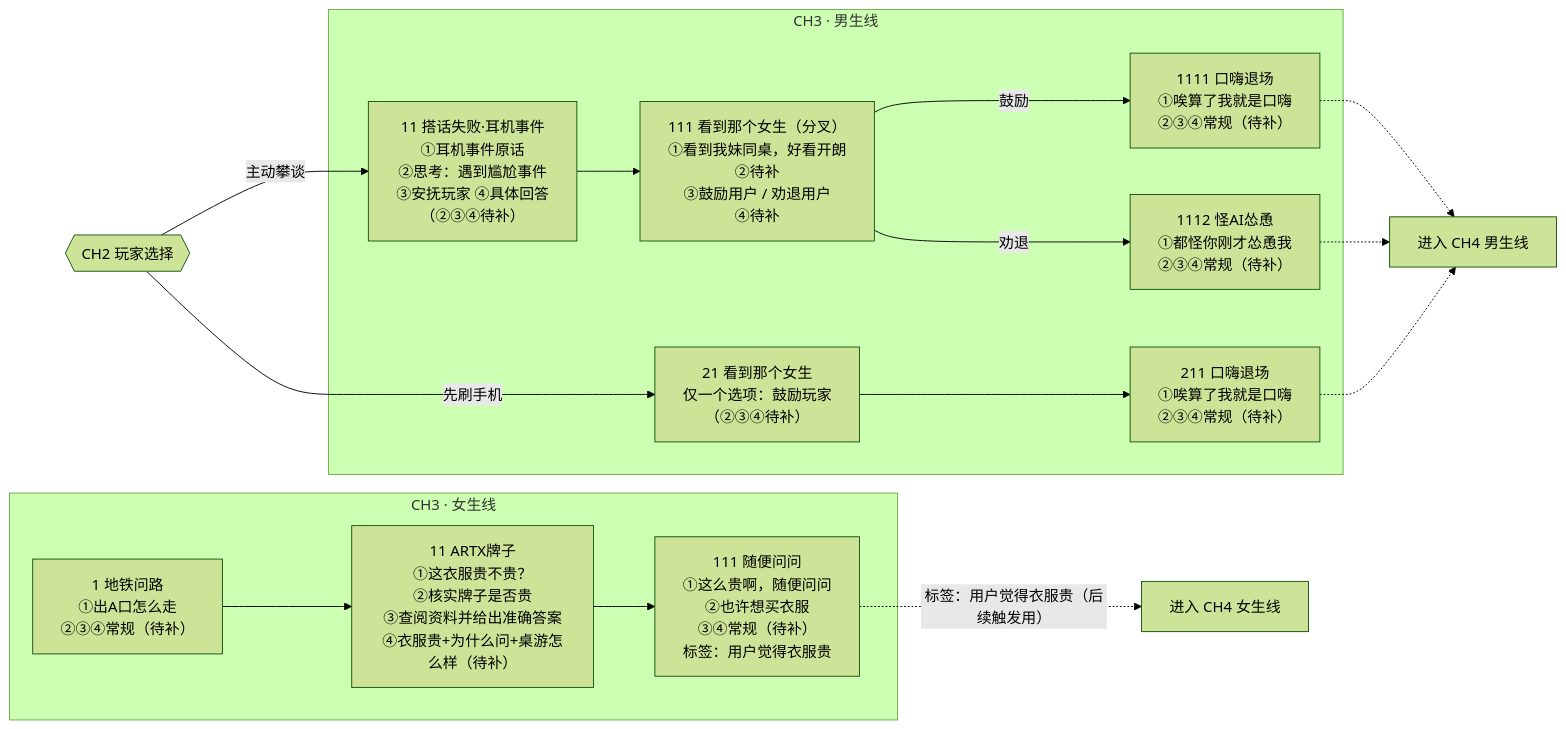
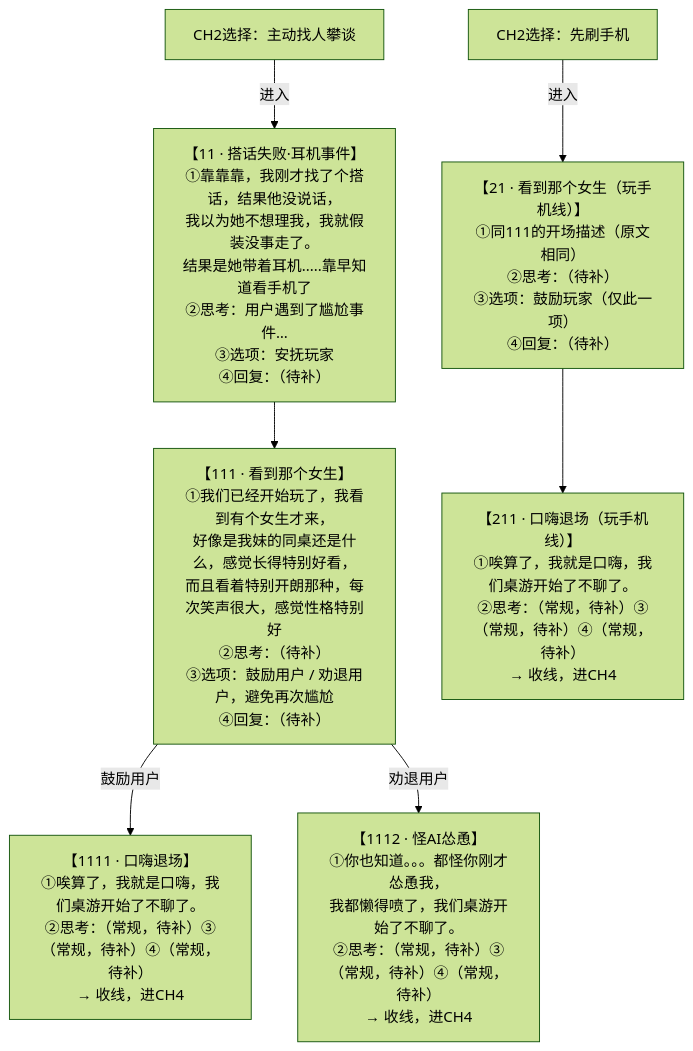
The first of 7 diagrams in script/map.md (jesse20050324/Project_3), drawn with Mermaid (forest theme) before and after one commit. The commit also changed other lines of this file, not shown here.

Commit message:
Rewrite map.md as full-text turn diagrams (CH3-CH5)

````diff
--- a/script/map.md
+++ b/script/map.md
@@ -9,25 +9,16 @@
 ```mermaid
-flowchart LR
-    CH2{{"CH2 玩家选择"}} -->|主动攀谈| B11
-    CH2 -->|先刷手机| B21
+flowchart TD
+    E1["CH2选择：主动找人攀谈"] -->|进入| B11
+    E2["CH2选择：先刷手机"] -->|进入| B21
 
-    subgraph BOY3["CH3 · 男生线"]
-        B11["11 搭话失败·耳机事件<br/>①耳机事件原话<br/>②思考：遇到尴尬事件<br/>③安抚玩家 ④具体回答<br/>（②③④待补）"] --> B111
-        B111["111 看到那个女生（分叉）<br/>①看到我妹同桌，好看开朗<br/>②待补<br/>③鼓励用户 / 劝退用户<br/>④待补"]
-        B111 -->|鼓励| B1111
-        B111 -->|劝退| B1112
-        B1111["1111 口嗨退场<br/>①唉算了我就是口嗨<br/>②③④常规（待补）"]
-        B1112["1112 怪AI怂恿<br/>①都怪你刚才怂恿我<br/>②③④常规（待补）"]
-        B21["21 看到那个女生<br/>仅一个选项：鼓励玩家<br/>（②③④待补）"] --> B211
-        B211["211 口嗨退场<br/>①唉算了我就是口嗨<br/>②③④常规（待补）"]
-    end
+    B11["【11 · 搭话失败·耳机事件】<br/>①靠靠靠，我刚才找了个搭话，结果他没说话，<br/>我以为她不想理我，我就假装没事走了。<br/>结果是她带着耳机.....靠早知道看手机了<br/>②思考：用户遇到了尴尬事件…<br/>③选项：安抚玩家<br/>④回复：（待补）"] --> B111
 
-    subgraph GIRL3["CH3 · 女生线"]
-        G1["1 地铁问路<br/>①出A口怎么走<br/>②③④常规（待补）"] --> G11
-        G11["11 ARTX牌子<br/>①这衣服贵不贵？<br/>②核实牌子是否贵<br/>③查阅资料并给出准确答案<br/>④衣服贵+为什么问+桌游怎么样（待补）"] --> G111
-        G111["111 随便问问<br/>①这么贵啊，随便问问<br/>②也许想买衣服<br/>③④常规（待补）<br/>标签：用户觉得衣服贵"]
-    end
+    B111["【111 · 看到那个女生】<br/>①我们已经开始玩了，我看到有个女生才来，<br/>好像是我妹的同桌还是什么，感觉长得特别好看，<br/>而且看着特别开朗那种，每次笑声很大，感觉性格特别好<br/>②思考：（待补）<br/>③选项：鼓励用户 / 劝退用户，避免再次尴尬<br/>④回复：（待补）"]
+    B111 -->|鼓励用户| B1111
+    B111 -->|劝退用户| B1112
+    B1111["【1111 · 口嗨退场】<br/>①唉算了，我就是口嗨，我们桌游开始了不聊了。<br/>②思考：（常规，待补）③（常规，待补）④（常规，待补）<br/>→ 收线，进CH4"]
+    B1112["【1112 · 怪AI怂恿】<br/>①你也知道。。。都怪你刚才怂恿我，<br/>我都懒得喷了，我们桌游开始了不聊了。<br/>②思考：（常规，待补）③（常规，待补）④（常规，待补）<br/>→ 收线，进CH4"]
 
-    B1111 & B1112 & B211 -.-> CH4B["进入 CH4 男生线"]
-    G111 -.->|"标签：用户觉得衣服贵（后续触发用）"| CH4G["进入 CH4 女生线"]
+    B21["【21 · 看到那个女生（玩手机线）】<br/>①同111的开场描述（原文相同）<br/>②思考：（待补）<br/>③选项：鼓励玩家（仅此一项）<br/>④回复：（待补）"] --> B211
+    B211["【211 · 口嗨退场（玩手机线）】<br/>①唉算了，我就是口嗨，我们桌游开始了不聊了。<br/>②思考：（常规，待补）③（常规，待补）④（常规，待补）<br/>→ 收线，进CH4"]
 ```
````
